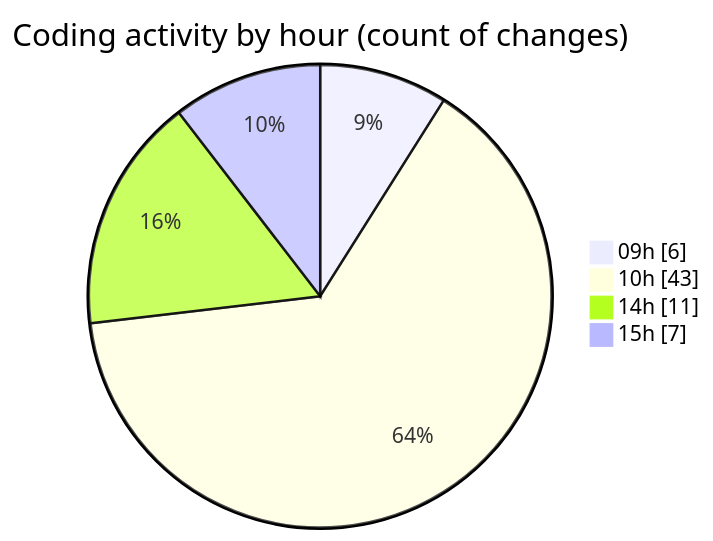
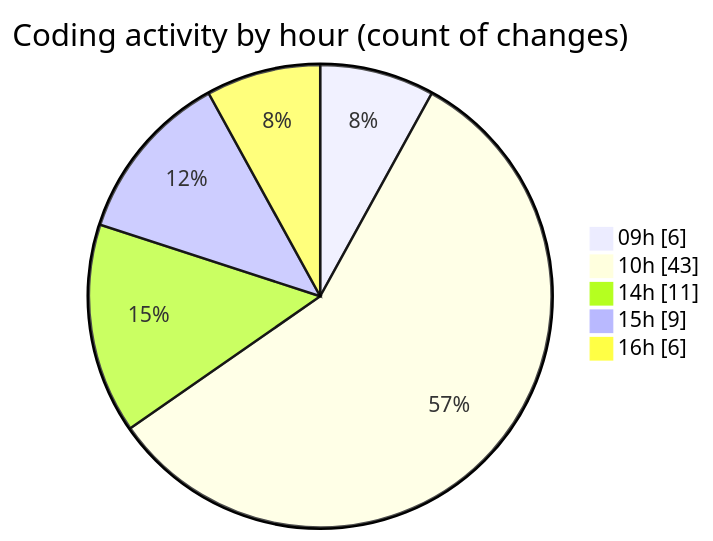
The second of 2 diagrams in 2026-02-10/cda/README.md (momahboobian/code-tracking), drawn with Mermaid before and after one commit. The commit also changed other lines of this file and 1 other file, not shown here.

````diff
--- a/2026-02-10/cda/README.md
+++ b/2026-02-10/cda/README.md
@@ -47,8 +47,9 @@
 ```mermaid
 pie showData
 title Coding activity by hour (count of changes)
 "09h" : 6
 "10h" : 43
 "14h" : 11
-"15h" : 7
+"15h" : 9
+"16h" : 6
 ```
````
